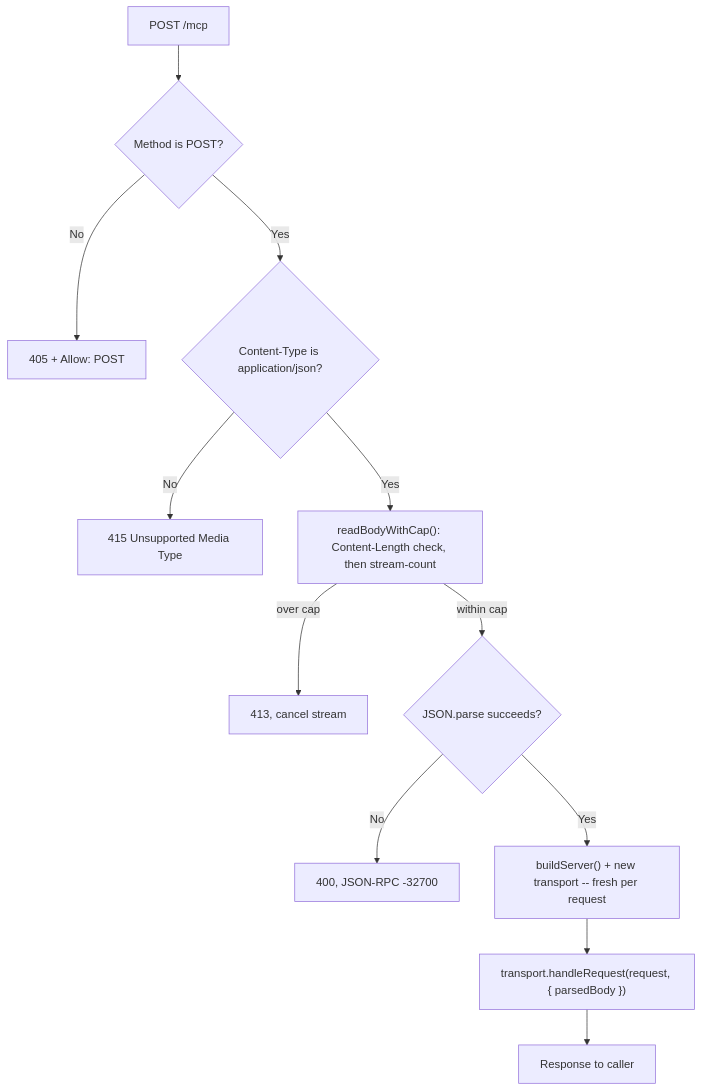
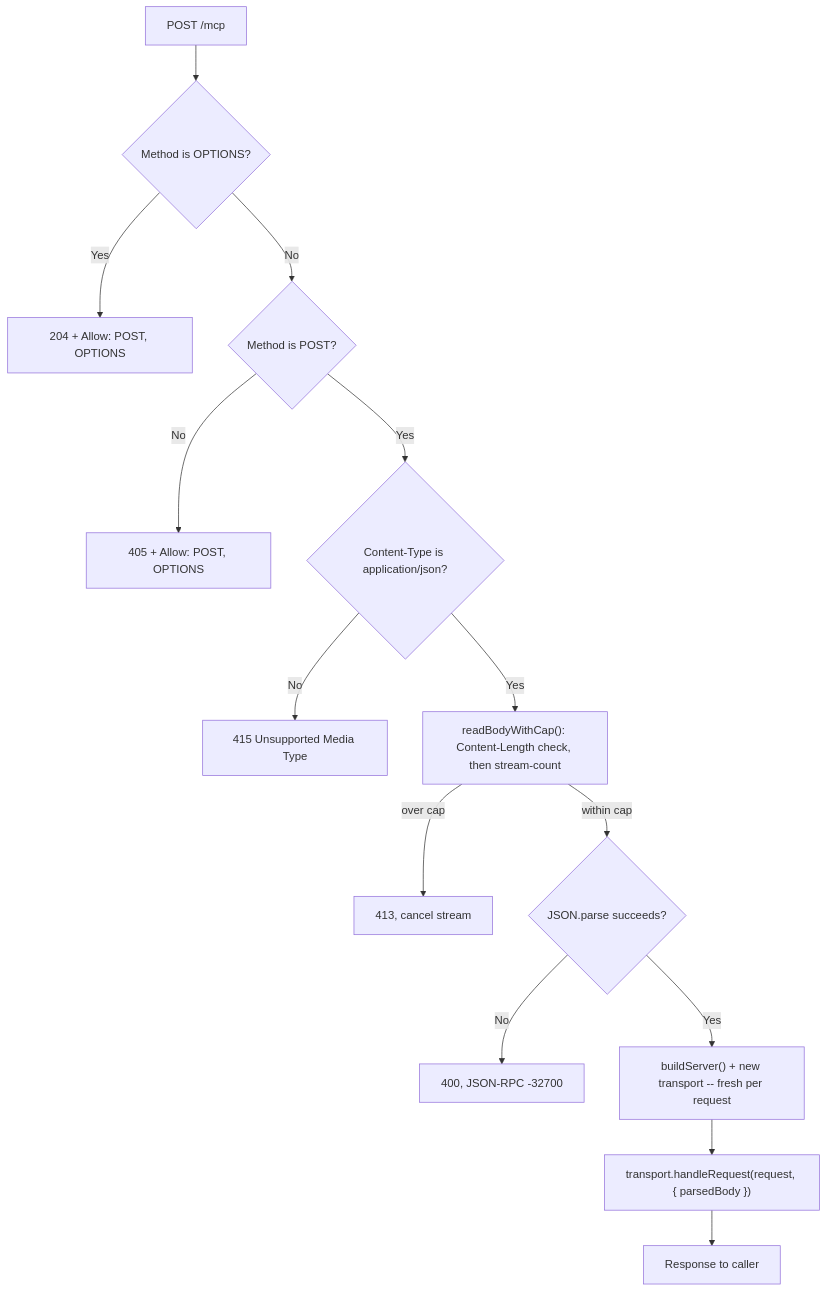
The diagram in src/content/docs-ja/recipes/remote-mcp-workers.mdx (Takazudo/zudo-cloudflare-wisdom), drawn with Mermaid before and after one commit. The commit also changed other lines of this file and 11 other files, not shown here.

````diff
--- a/src/content/docs-ja/recipes/remote-mcp-workers.mdx
+++ b/src/content/docs-ja/recipes/remote-mcp-workers.mdx
@@ -332,14 +358,16 @@
 ```mermaid
 graph TB
-  Req[POST /mcp] --> Method{"Method is POST?"}
-  Method -->|No| M405["405 + Allow: POST"]
+  Req[POST /mcp] --> Opt{"Method is OPTIONS?"}
+  Opt -->|Yes| O204["204 + Allow: POST, OPTIONS"]
+  Opt -->|No| Method{"Method is POST?"}
+  Method -->|No| M405["405 + Allow: POST, OPTIONS"]
   Method -->|Yes| CT{"Content-Type is application/json?"}
   CT -->|No| CT415["415 Unsupported Media Type"]
   CT -->|Yes| Cap["readBodyWithCap(): Content-Length check, then stream-count"]
   Cap -->|over cap| Cap413["413, cancel stream"]
   Cap -->|within cap| Parse{"JSON.parse succeeds?"}
   Parse -->|No| Parse400["400, JSON-RPC -32700"]
   Parse -->|Yes| Build["buildServer() + new transport -- fresh per request"]
   Build --> Handle["transport.handleRequest(request, { parsedBody })"]
   Handle --> Res[Response to caller]
 ```
````
